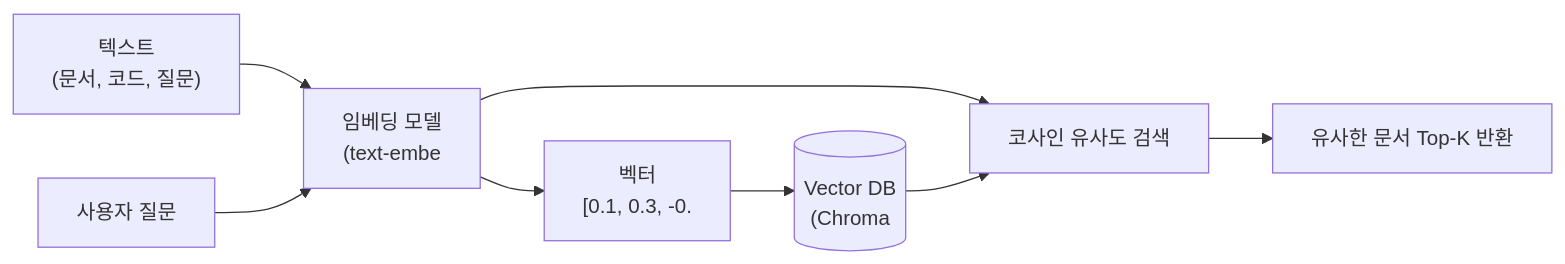
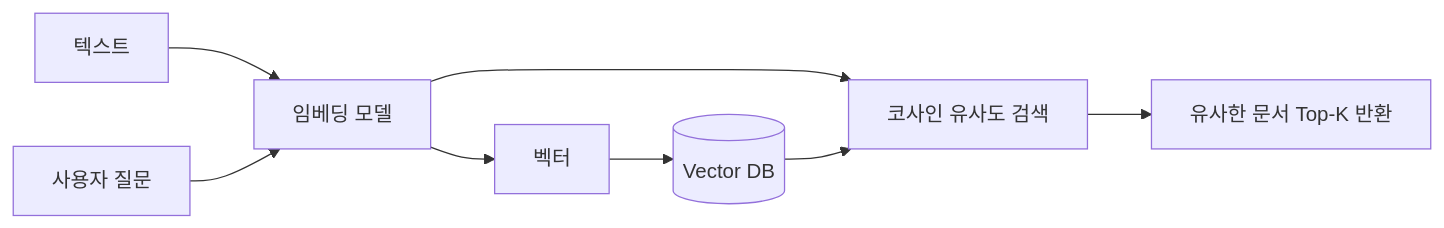
The second of 2 diagrams in _posts/ai/2026-05-01-ai-tools.md (yjkim2015/yjkim2015.github.io), drawn with Mermaid before and after one commit. The commit also changed other lines of this file and 217 other files, not shown here.

First line of the commit message:
Mermaid 크기 수정: useMaxWidth:true + SVG max-width:100% + 라벨 축소

````diff
--- a/_posts/ai/2026-05-01-ai-tools.md
+++ b/_posts/ai/2026-05-01-ai-tools.md
@@ -228,10 +228,10 @@
 ```mermaid
 graph LR
-    TEXT["텍스트\n(문서, 코드, 질문)"] --> EMBED["임베딩 모델\n(text-embe"]
-    EMBED --> VEC["벡터\n[0.1, 0.3, -0."]
-    VEC --> VDB[("Vector DB\n(Chroma")]
+    TEXT["텍스트"] --> EMBED["임베딩 모델"]
+    EMBED --> VEC["벡터"]
+    VEC --> VDB[("Vector DB")]
     QUERY["사용자 질문"] --> EMBED
     EMBED --> SEARCH["코사인 유사도 검색"]
     VDB --> SEARCH
     SEARCH --> RESULT["유사한 문서 Top-K 반환"]
 ```
````
